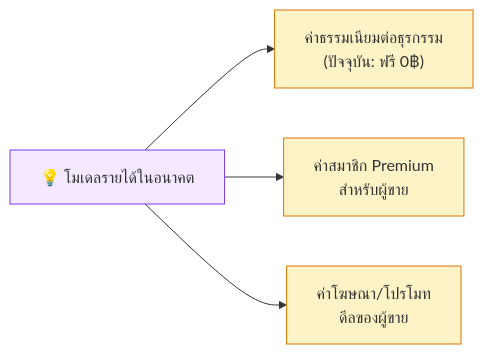
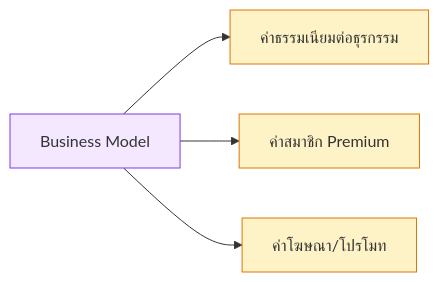
One commit to CodeCooLTH/trustme changed the fifth of 5 diagrams in docs/safepay-overview.md. Above: the diagram before and after it, drawn with Mermaid. The commit also changed other lines of this file and 4 other files, not shown here.

First line of the commit message:
feat: redesign public deal link + fix Mermaid diagrams

````diff
--- a/docs/safepay-overview.md
+++ b/docs/safepay-overview.md
@@ -104,11 +104,11 @@
 ```mermaid
 graph LR
-    R["💡 โมเดลรายได้ในอนาคต"] --> R1["ค่าธรรมเนียมต่อธุรกรรม<br/>(ปัจจุบัน: ฟรี 0฿)"]
-    R --> R2["ค่าสมาชิก Premium<br/>สำหรับผู้ขาย"]
-    R --> R3["ค่าโฆษณา/โปรโมท<br/>ดีลของผู้ขาย"]
+    R[Business Model] --> R1[ค่าธรรมเนียมต่อธุรกรรม]
+    R --> R2[ค่าสมาชิก Premium]
+    R --> R3[ค่าโฆษณา/โปรโมท]
 
     style R fill:#f3e8ff,stroke:#7c3aed
     style R1 fill:#fef3c7,stroke:#d97706
     style R2 fill:#fef3c7,stroke:#d97706
     style R3 fill:#fef3c7,stroke:#d97706
 ```
````
